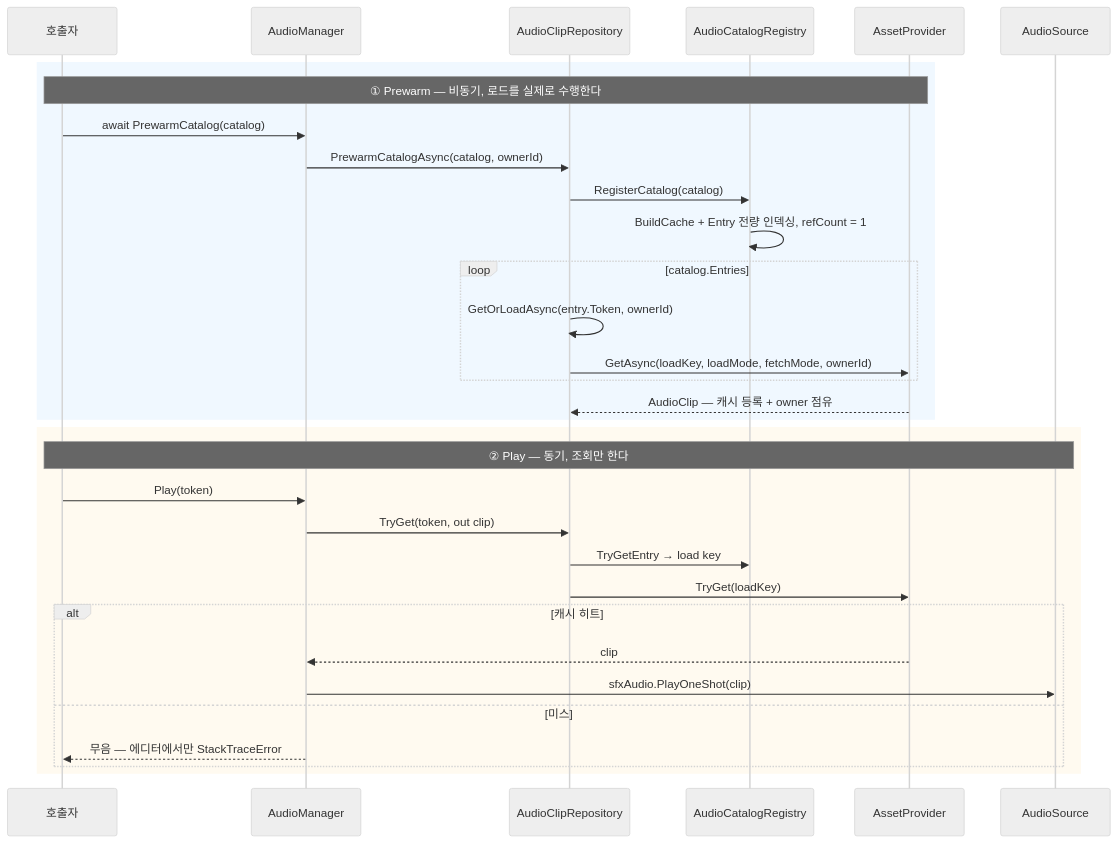
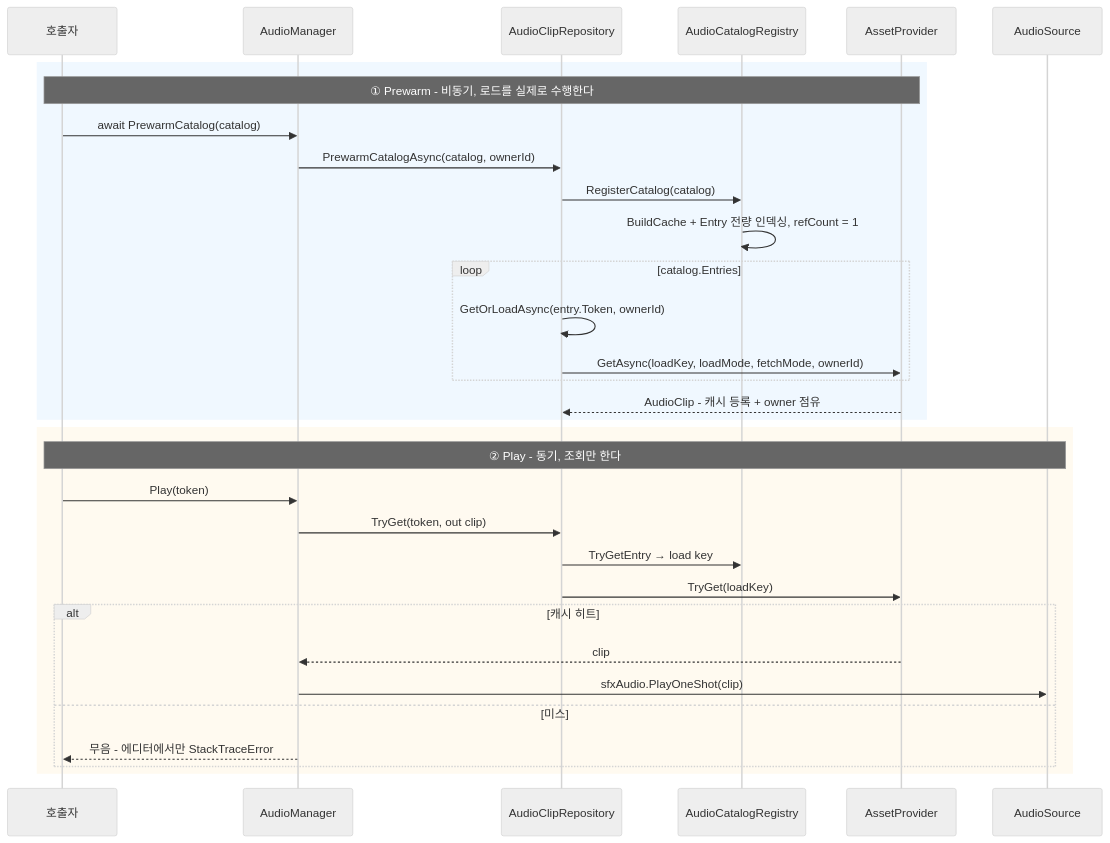
The fourth of 9 diagrams in HAudio/Runtime/README.md (HoHong123/HCUP-Unity), drawn with Mermaid (neutral theme) before and after one commit. The commit also changed other lines of this file, not shown here.

````diff
--- a/HAudio/Runtime/README.md
+++ b/HAudio/Runtime/README.md
@@ -177,36 +175,36 @@
 ```mermaid
 sequenceDiagram
     participant C as 호출자
     participant AM as AudioManager
     participant REPO as AudioClipRepository
     participant REG as AudioCatalogRegistry
     participant AP as AssetProvider
     participant SRC as AudioSource
 
     rect rgb(240, 248, 255)
-    Note over C,AP: ① Prewarm — 비동기, 로드를 실제로 수행한다
+    Note over C,AP: ① Prewarm - 비동기, 로드를 실제로 수행한다
     C->>AM: await PrewarmCatalog(catalog)
     AM->>REPO: PrewarmCatalogAsync(catalog, ownerId)
     REPO->>REG: RegisterCatalog(catalog)
     REG->>REG: BuildCache + Entry 전량 인덱싱, refCount = 1
     loop catalog.Entries
         REPO->>REPO: GetOrLoadAsync(entry.Token, ownerId)
         REPO->>AP: GetAsync(loadKey, loadMode, fetchMode, ownerId)
     end
-    AP-->>REPO: AudioClip — 캐시 등록 + owner 점유
+    AP-->>REPO: AudioClip - 캐시 등록 + owner 점유
     end
 
     rect rgb(255, 250, 240)
-    Note over C,SRC: ② Play — 동기, 조회만 한다
+    Note over C,SRC: ② Play - 동기, 조회만 한다
     C->>AM: Play(token)
     AM->>REPO: TryGet(token, out clip)
     REPO->>REG: TryGetEntry → load key
     REPO->>AP: TryGet(loadKey)
     alt 캐시 히트
         AP-->>AM: clip
         AM->>SRC: sfxAudio.PlayOneShot(clip)
     else 미스
-        AM-->>C: 무음 — 에디터에서만 StackTraceError
+        AM-->>C: 무음 - 에디터에서만 StackTraceError
     end
     end
 ```
````
